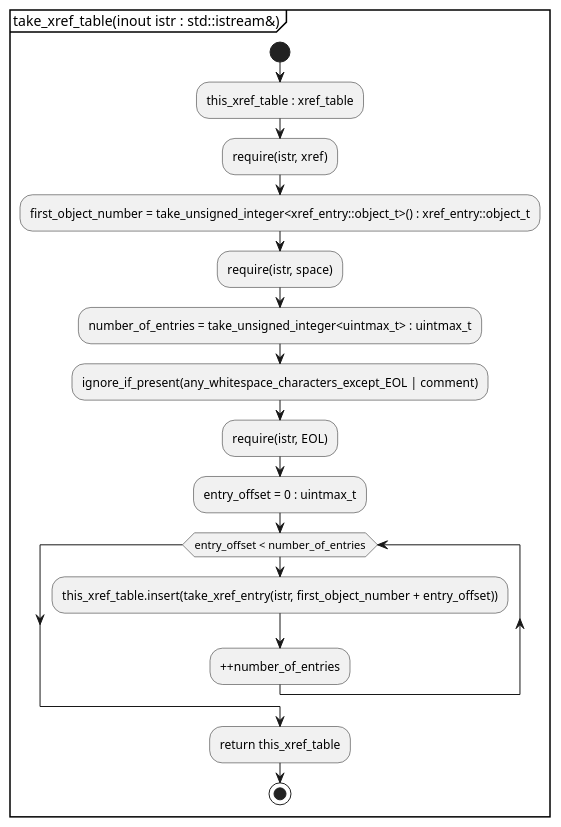
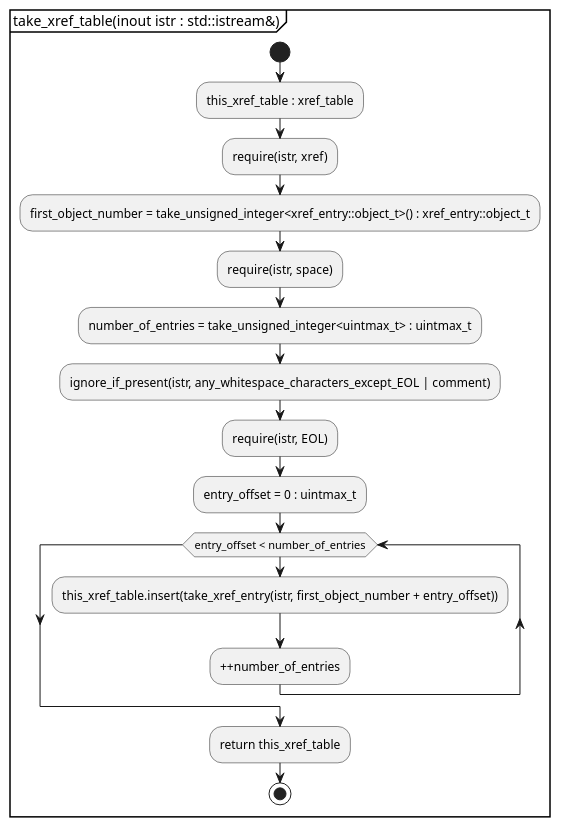
Before and after one commit to KodaiYM/PDFReader: the sixth of 11 diagrams in document/parser.activity.pu, drawn with PlantUML. The commit also changed other lines of this file and 3 other files, not shown here.

```diff
--- a/document/parser.activity.pu
+++ b/document/parser.activity.pu
@@ -90,19 +90,19 @@
 @startuml take_xref_table
 partition "take_xref_table(inout istr : std::istream&)" {
 start
 	:this_xref_table : xref_table;
 	:require(istr, xref);
 	:first_object_number = take_unsigned_integer<xref_entry::object_t>() : xref_entry::object_t;
 	:require(istr, space);
 	:number_of_entries = take_unsigned_integer<uintmax_t> : uintmax_t;
-	:ignore_if_present(any_whitespace_characters_except_EOL | comment);
+	:ignore_if_present(istr, any_whitespace_characters_except_EOL | comment);
 	:require(istr, EOL);
 	:entry_offset = 0 : uintmax_t;
 	while (entry_offset < number_of_entries)
 		:this_xref_table.insert(take_xref_entry(istr, first_object_number + entry_offset));
 		:++number_of_entries;
 	endwhile
 	:return this_xref_table;
 stop
 }
 @enduml
```
